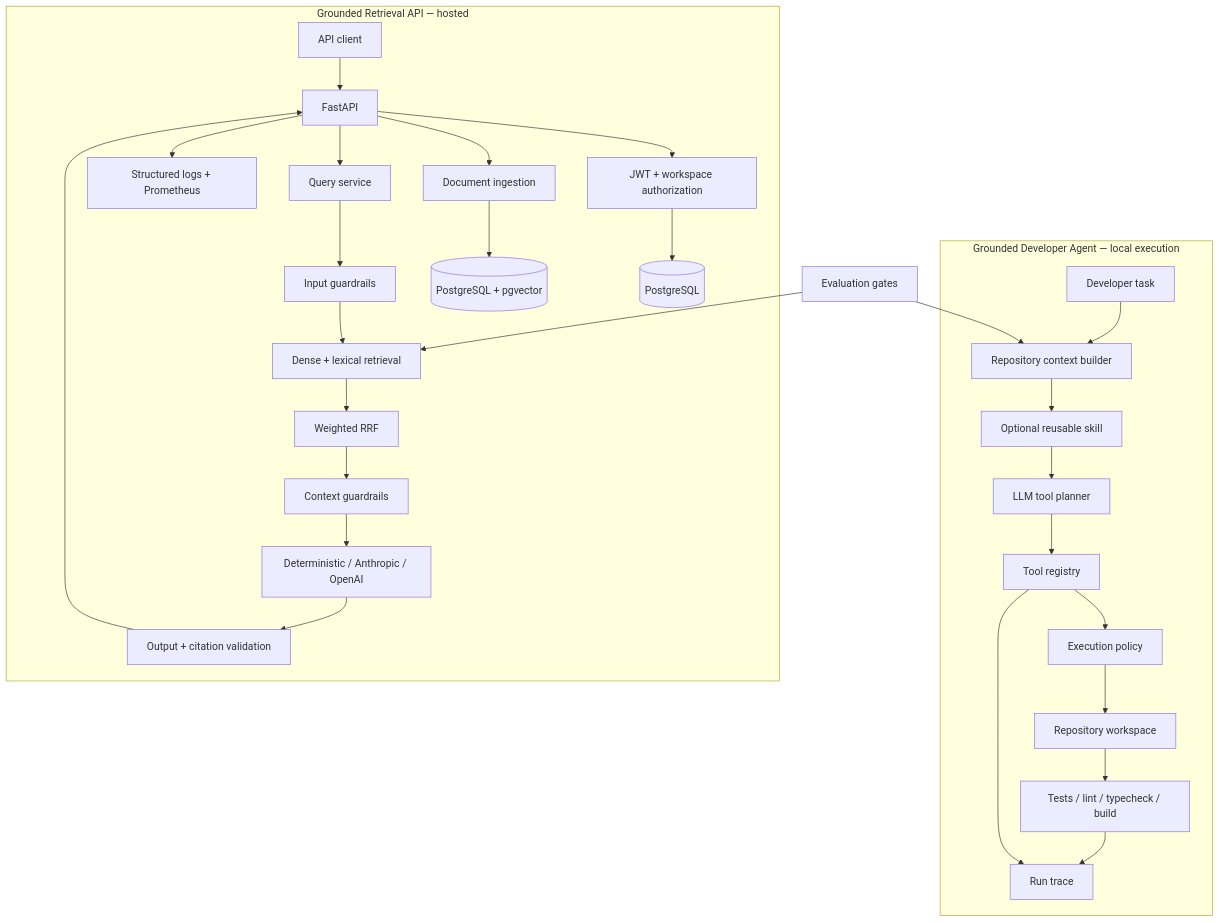
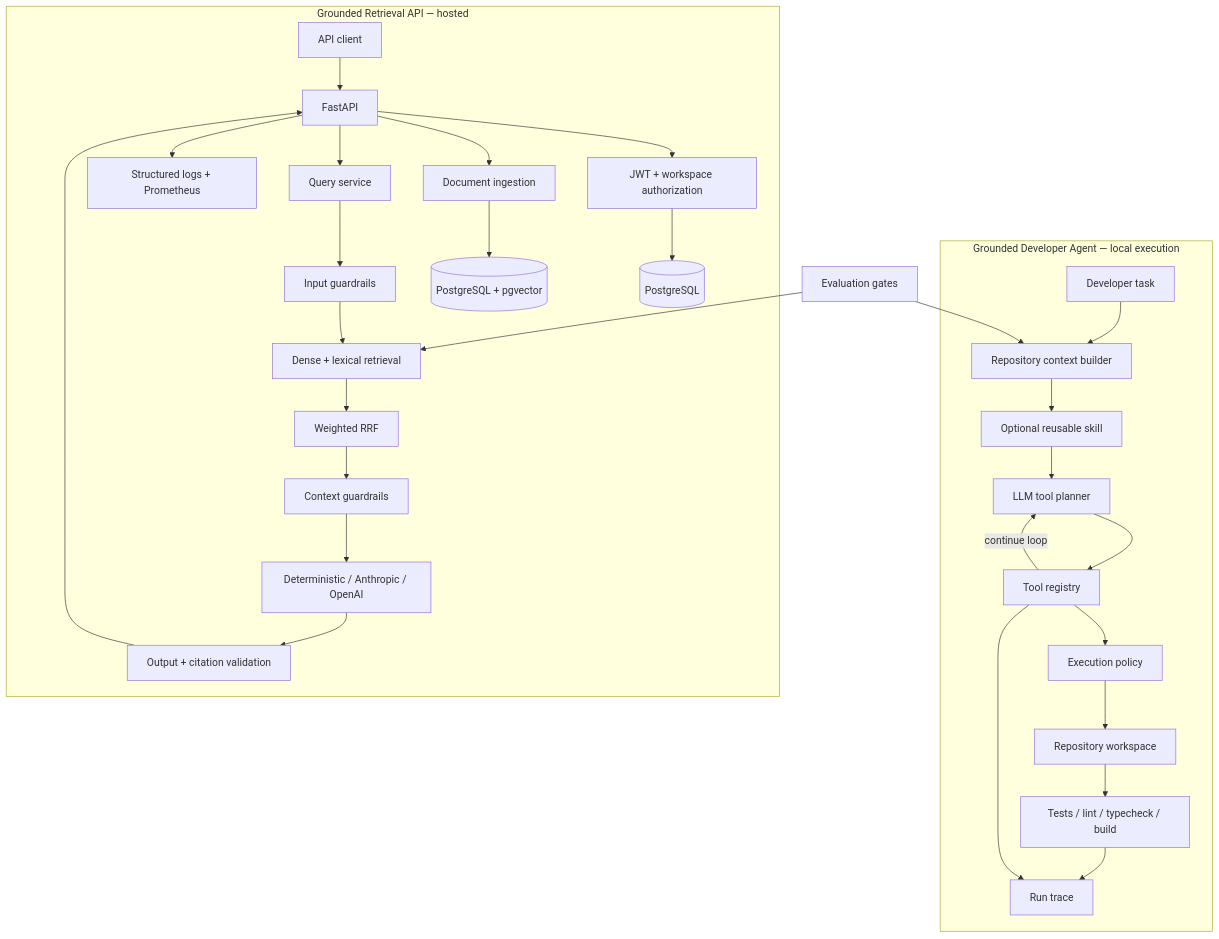
One commit to FarnazNK/grounded-agent-platform changed the diagram in README.md. Above: the diagram before and after it, drawn with Mermaid. The commit also changed other lines of this file, not shown here.

````diff
--- a/README.md
+++ b/README.md
@@ -63,34 +63,35 @@
 ```mermaid
 flowchart TB
     subgraph DeveloperAgent["Grounded Developer Agent — local execution"]
         task["Developer task"] --> context["Repository context builder"]
         context --> skill["Optional reusable skill"]
         skill --> planner["LLM tool planner"]
         planner --> registry["Tool registry"]
+        registry -->|continue loop| planner
         registry --> policy["Execution policy"]
         policy --> repo["Repository workspace"]
         repo --> verify["Tests / lint / typecheck / build"]
         registry --> trace["Run trace"]
         verify --> trace
     end
 
     subgraph RAG["Grounded Retrieval API — hosted"]
         client["API client"] --> api["FastAPI"]
         api --> auth["JWT + workspace authorization"]
         auth --> postgres[("PostgreSQL")]
         api --> ingest["Document ingestion"]
         ingest --> vector[("PostgreSQL + pgvector")]
         api --> query["Query service"]
         query --> guardIn["Input guardrails"]
         guardIn --> retrieval["Dense + lexical retrieval"]
         retrieval --> fusion["Weighted RRF"]
         fusion --> guardContext["Context guardrails"]
         guardContext --> llm["Deterministic / Anthropic / OpenAI"]
         llm --> guardOut["Output + citation validation"]
         guardOut --> api
         api --> metrics["Structured logs + Prometheus"]
     end
 
     evals["Evaluation gates"] --> context
     evals --> retrieval
 ```
````
